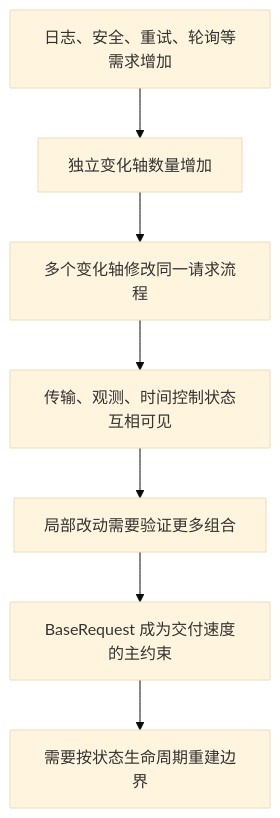
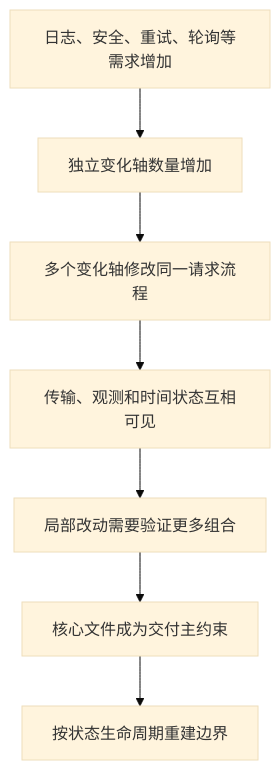
Diagram 11 of 20 in course/DAY01_EVOLUTION_PROBLEM_MAP.md (wjy801/llm_api_case), drawn with Mermaid (base theme) before and after one commit. The commit also changed other lines of this file, not shown here.

````diff
--- a/course/DAY01_EVOLUTION_PROBLEM_MAP.md
+++ b/course/DAY01_EVOLUTION_PROBLEM_MAP.md
@@ -336,9 +288,9 @@
 ```mermaid
 flowchart TD
-    A[日志、安全、重试、轮询等需求增加] --> B[独立变化轴数量增加]
-    B --> C[多个变化轴修改同一请求流程]
-    C --> D[传输、观测、时间控制状态互相可见]
-    D --> E[局部改动需要验证更多组合]
-    E --> F[BaseRequest 成为交付速度的主约束]
-    F --> G[需要按状态生命周期重建边界]
+    A["日志、安全、重试、轮询等需求增加"] --> B["独立变化轴数量增加"]
+    B --> C["多个变化轴修改同一请求流程"]
+    C --> D["传输、观测和时间状态互相可见"]
+    D --> E["局部改动需要验证更多组合"]
+    E --> F["核心文件成为交付主约束"]
+    F --> G["按状态生命周期重建边界"]
 ```
````
